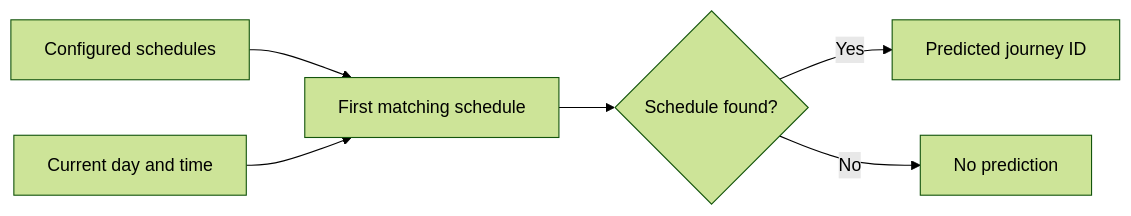
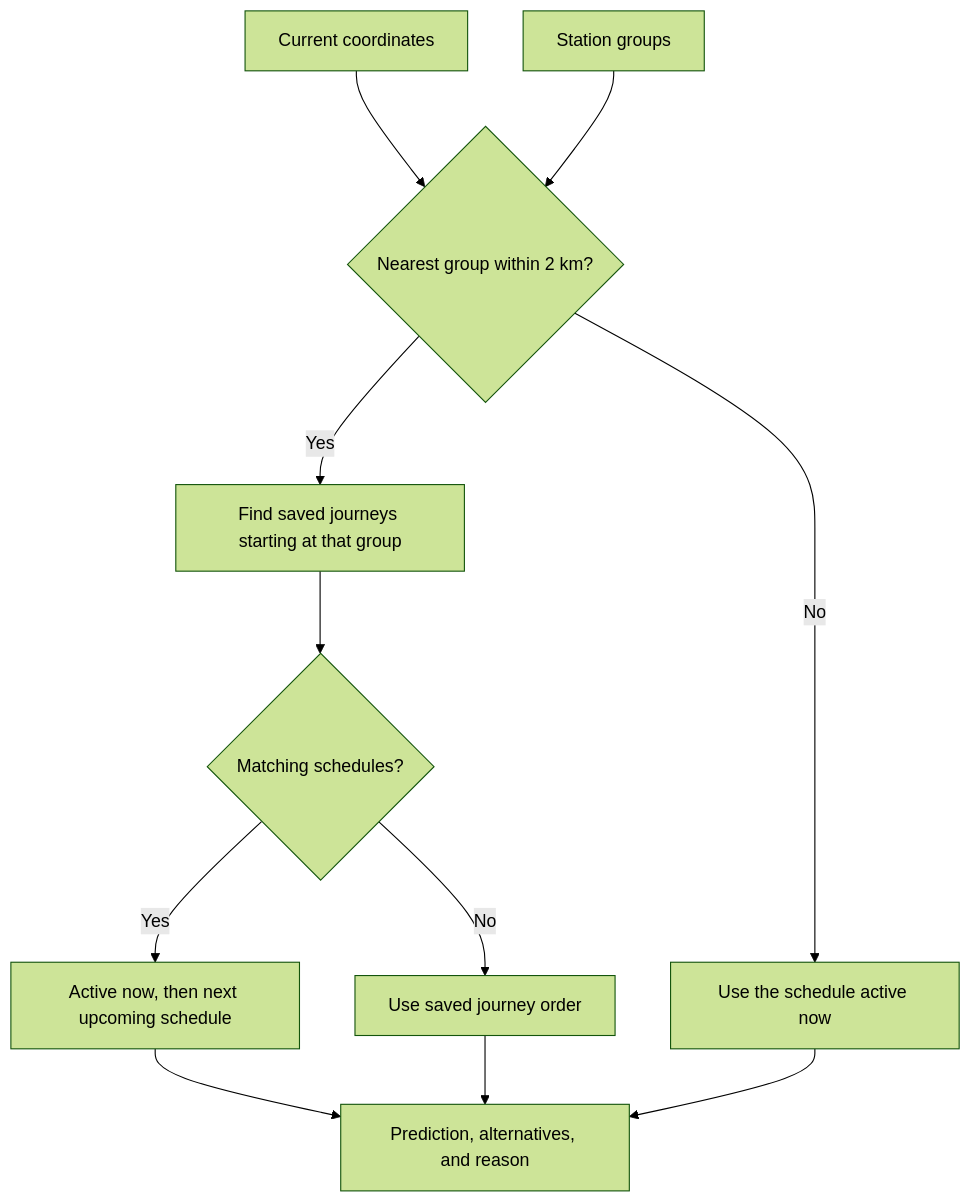
Before and after one commit to nd9600/trainDashboard: the first of 4 diagrams in docs/journey-selection.md, drawn with Mermaid (forest theme). The commit also changed other lines of this file and 13 other files, not shown here.

````diff
--- a/docs/journey-selection.md
+++ b/docs/journey-selection.md
@@ -7,15 +7,13 @@
 ```mermaid
-flowchart LR
-    schedules[Configured schedules]
-    clock[Current day and time]
-    match[First matching schedule]
-    prediction{Schedule found?}
-    journey[Predicted journey ID]
-    none[No prediction]
-
-    schedules --> match
-    clock --> match
-    match --> prediction
-    prediction -->|Yes| journey
-    prediction -->|No| none
+flowchart TD
+    location[Current coordinates] --> nearby{Nearest group within 2 km?}
+    groups[Station groups] --> nearby
+    nearby -->|No| time[Use the schedule active now]
+    nearby -->|Yes| matches[Find saved journeys starting at that group]
+    matches --> schedules{Matching schedules?}
+    schedules -->|Yes| ordered[Active now, then next upcoming schedule]
+    schedules -->|No| saved[Use saved journey order]
+    ordered --> result[Prediction, alternatives, and reason]
+    saved --> result
+    time --> result
 ```
````
